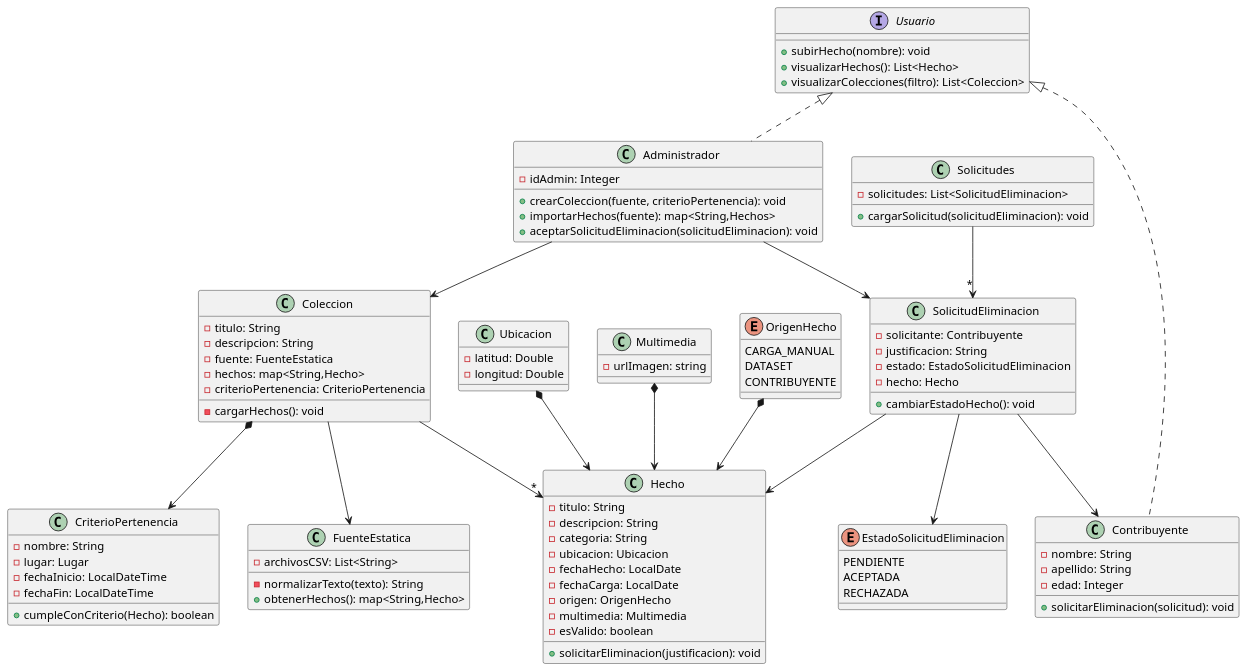
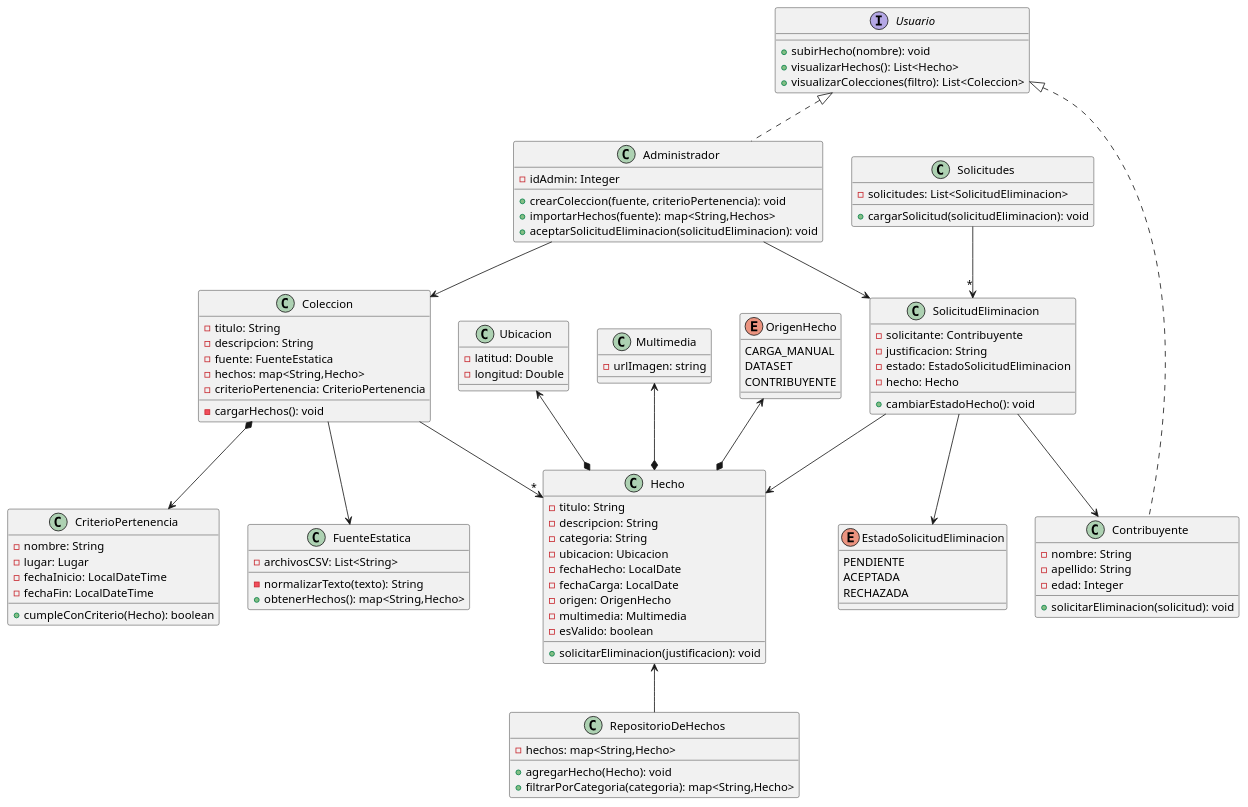
Before and after one commit to OslothLAS/ProyectoDeploy: the diagram in src/main/DiagramaDeClases.puml, drawn with PlantUML.

```diff
--- a/src/main/DiagramaDeClases.puml
+++ b/src/main/DiagramaDeClases.puml
@@ -1,121 +1,120 @@
-@startuml MetaMapa_Entrega1
-
-
+@startuml
 class Coleccion {
    - titulo: String
    - descripcion: String
    - fuente: FuenteEstatica
    - hechos: map<String,Hecho>
    - criterioPertenencia: CriterioPertenencia
    - cargarHechos(): void
  }
 
  class CriterioPertenencia {
    - nombre: String
    - lugar: Lugar
    - fechaInicio: LocalDateTime
    - fechaFin: LocalDateTime
    + cumpleConCriterio(Hecho): boolean
  }
 
 
 
  class Ubicacion {
    -latitud: Double
    -longitud: Double
  }
 
   class SolicitudEliminacion{
     -solicitante: Contribuyente
     - justificacion: String
     - estado: EstadoSolicitudEliminacion
     - hecho: Hecho
     + cambiarEstadoHecho(): void
   }
 
   class Solicitudes{
   - solicitudes: List<SolicitudEliminacion>
     + cargarSolicitud(solicitudEliminacion): void
   }
 
    enum EstadoSolicitudEliminacion {
        PENDIENTE
        ACEPTADA
        RECHAZADA
      }
 
  class Hecho {
    - titulo: String
    - descripcion: String
    - categoria: String
    -ubicacion: Ubicacion
    - fechaHecho: LocalDate
    - fechaCarga: LocalDate
    - origen: OrigenHecho
    - multimedia: Multimedia
    - esValido: boolean
 
    + solicitarEliminacion(justificacion): void
     }
 
   class Multimedia{
     -urlImagen: string
 
   }
 
   interface Usuario{
      + subirHecho(nombre): void
      + visualizarHechos(): List<Hecho>
      + visualizarColecciones(filtro): List<Coleccion>
   }
 
   enum OrigenHecho {
     CARGA_MANUAL
     DATASET
     CONTRIBUYENTE
   }
 
 
   class FuenteEstatica{
     - archivosCSV: List<String>
     - normalizarTexto(texto): String
     + obtenerHechos(): map<String,Hecho>
   }
 
 
 
 class Contribuyente implements Usuario{
     - nombre: String
     - apellido: String
     - edad: Integer
    + solicitarEliminacion(solicitud): void
 }
 
 
   class Administrador implements Usuario{
     - idAdmin: Integer
     + crearColeccion(fuente, criterioPertenencia): void
     + importarHechos(fuente): map<String,Hechos>
     +aceptarSolicitudEliminacion(solicitudEliminacion): void
   }
 
+  class RepositorioDeHechos{
+    - hechos: map<String,Hecho>
+    + agregarHecho(Hecho): void
+    + filtrarPorCategoria(categoria): map<String,Hecho>
+  }
+
   Coleccion --> FuenteEstatica
   Coleccion -->"*" Hecho
-  OrigenHecho *--> Hecho
-  Ubicacion *--> Hecho
+  OrigenHecho <--* Hecho
+  Ubicacion <--* Hecho
   Administrador --> Coleccion
   Administrador --> SolicitudEliminacion
   SolicitudEliminacion --> Hecho
   SolicitudEliminacion --> Contribuyente
   Solicitudes -->"*" SolicitudEliminacion
   SolicitudEliminacion --> EstadoSolicitudEliminacion
   Coleccion *--> CriterioPertenencia
-  Multimedia *--> Hecho
-
-
-
-
-
-
+  Multimedia <--* Hecho
+  Hecho <-- RepositorioDeHechos
 
 @enduml
```
